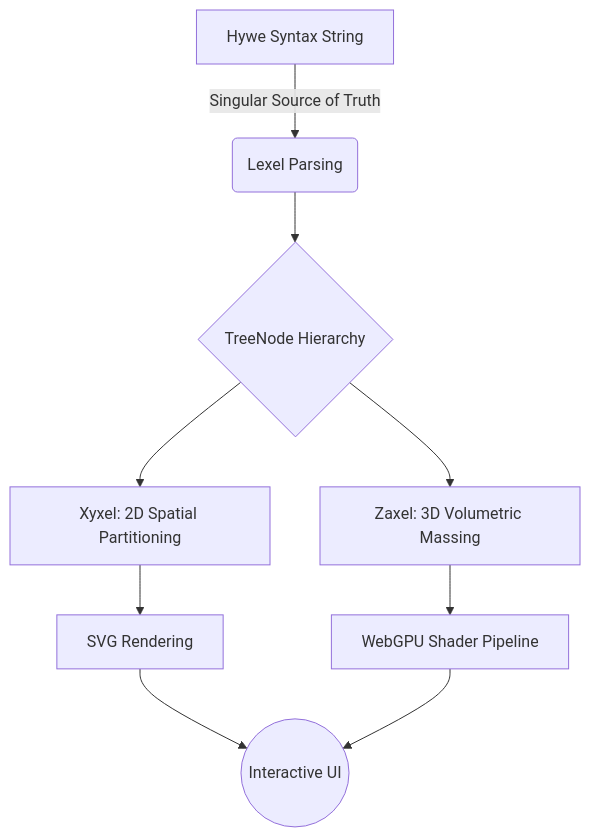
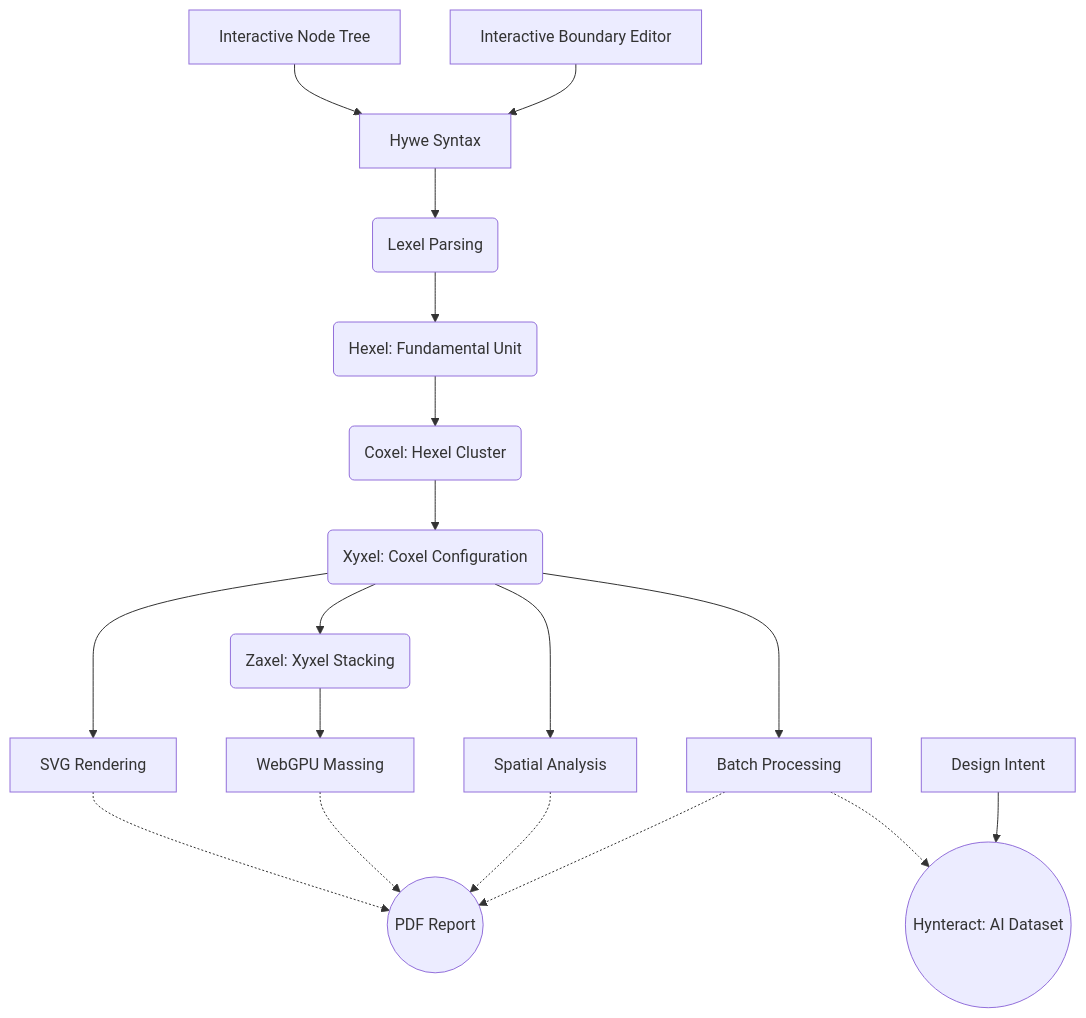
The diagram in README.md (vykrum/Hywe), drawn with Mermaid before and after one commit. The commit also changed other lines of this file, not shown here.

````diff
--- a/README.md
+++ b/README.md
@@ -83,10 +86,24 @@
 ```mermaid
 graph TD
-    A[Hywe Syntax String] -- "Singular Source of Truth" --> B(Lexel Parsing)
-    B --> C{TreeNode Hierarchy}
-    C --> D[Xyxel: 2D Spatial Partitioning]
-    C --> E[Zaxel: 3D Volumetric Massing]
-    D --> F[SVG Rendering]
-    E --> G[WebGPU Shader Pipeline]
-    F & G --> H((Interactive UI))
+    A1[Interactive Node Tree] --> B[Hywe Syntax]
+    A2[Interactive Boundary Editor] --> B[Hywe Syntax]
+    B --> C(Lexel Parsing)
+    C --> D(Hexel: Fundamental Unit)
+    D --> E(Coxel: Hexel Cluster)
+    E --> F(Xyxel: Coxel Configuration)
+    F --> G(Zaxel: Xyxel Stacking)
+    
+    F --> F1[SVG Rendering]
+    G --> G1[WebGPU Massing]
+    
+    F --> H[Spatial Analysis]
+    F --> I[Batch Processing]
+    
+    F1 -.-> ReportLabel((PDF Report))
+    G1 -.-> ReportLabel
+    H -.-> ReportLabel
+    I -.-> ReportLabel
+    
+    I -.-> DatasetLabel((Hynteract: AI Dataset))
+    DesignIntent[Design Intent] --> DatasetLabel
 ```
````
